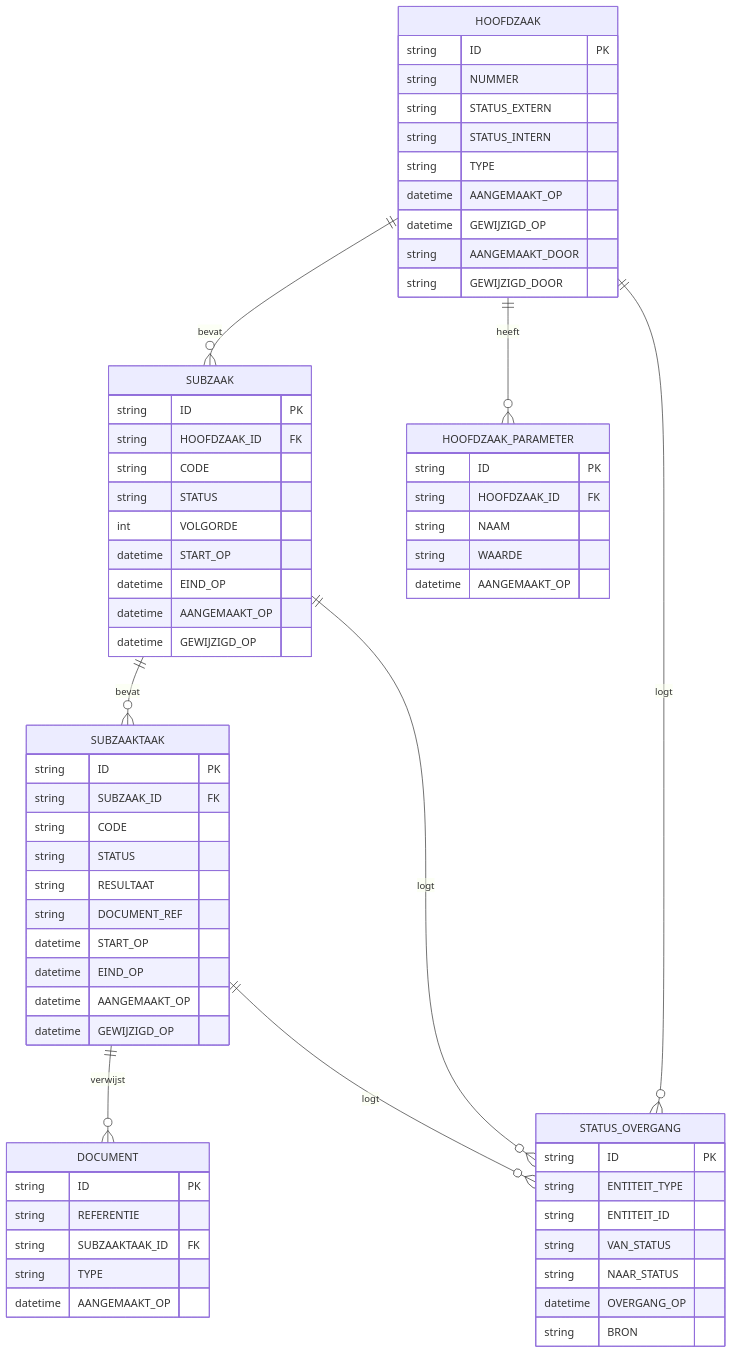
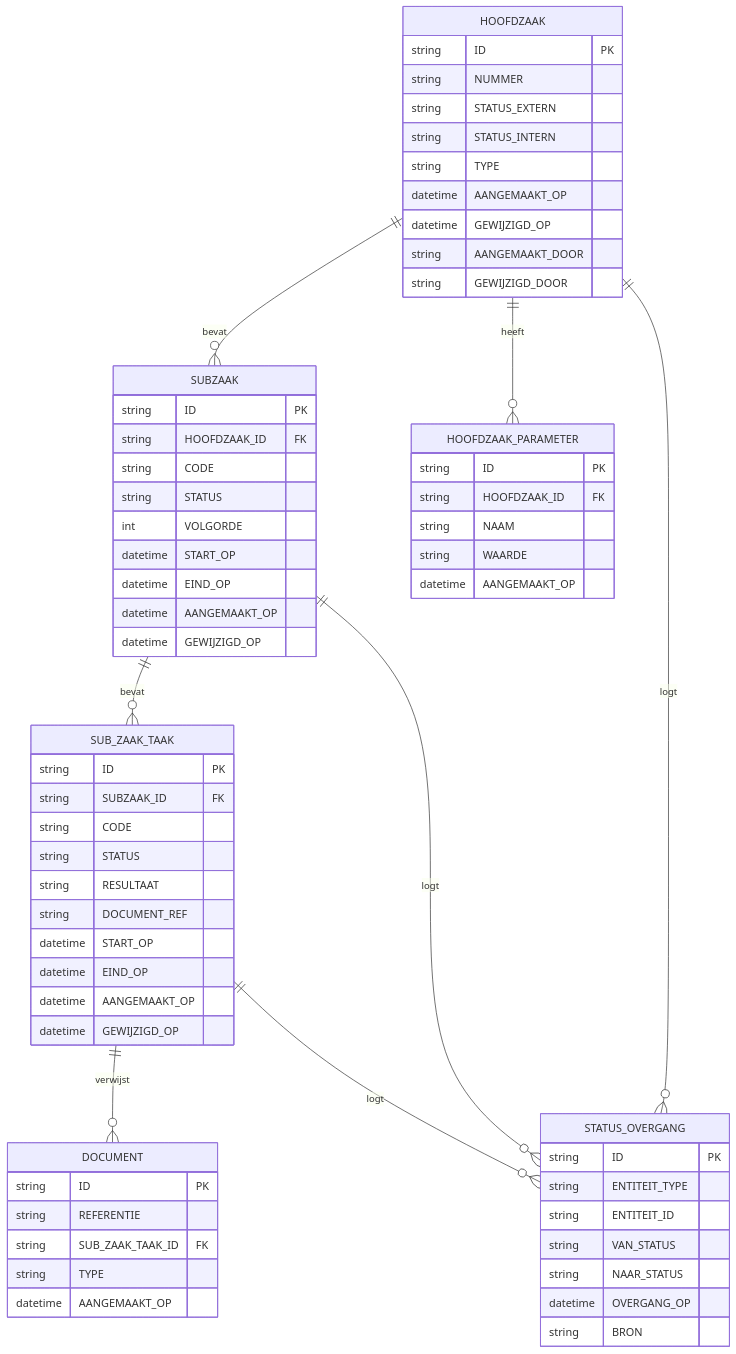
Before and after one commit to its-me-robert/procesmodel: the sixth of 6 diagrams in procesmodel.md, drawn with Mermaid. The commit also changed other lines of this file, not shown here.

Commit message:
Verbeter datamodel-consistentie en polymorfe statusovergang-documentatie
Agent-Logs-Url: https://github.com/its-me-robert/procesmodel/sessions/dff0185c-29a8-4f68-ae3a-8d1e9a4eda48

````diff
--- a/procesmodel.md
+++ b/procesmodel.md
@@ -320,73 +320,73 @@
 ```mermaid
 erDiagram
     HOOFDZAAK {
         string ID PK
         string NUMMER
         string STATUS_EXTERN
         string STATUS_INTERN
         string TYPE
         datetime AANGEMAAKT_OP
         datetime GEWIJZIGD_OP
         string AANGEMAAKT_DOOR
         string GEWIJZIGD_DOOR
     }
 
     HOOFDZAAK_PARAMETER {
         string ID PK
         string HOOFDZAAK_ID FK
         string NAAM
         string WAARDE
         datetime AANGEMAAKT_OP
     }
 
     SUBZAAK {
         string ID PK
         string HOOFDZAAK_ID FK
         string CODE
         string STATUS
         int VOLGORDE
         datetime START_OP
         datetime EIND_OP
         datetime AANGEMAAKT_OP
         datetime GEWIJZIGD_OP
     }
 
-    SUBZAAKTAAK {
+    SUB_ZAAK_TAAK {
         string ID PK
         string SUBZAAK_ID FK
         string CODE
         string STATUS
         string RESULTAAT
         string DOCUMENT_REF
         datetime START_OP
         datetime EIND_OP
         datetime AANGEMAAKT_OP
         datetime GEWIJZIGD_OP
     }
 
     STATUS_OVERGANG {
         string ID PK
         string ENTITEIT_TYPE
         string ENTITEIT_ID
         string VAN_STATUS
         string NAAR_STATUS
         datetime OVERGANG_OP
         string BRON
     }
 
     DOCUMENT {
         string ID PK
         string REFERENTIE
-        string SUBZAAKTAAK_ID FK
+        string SUB_ZAAK_TAAK_ID FK
         string TYPE
         datetime AANGEMAAKT_OP
     }
 
     HOOFDZAAK ||--o{ SUBZAAK : bevat
     HOOFDZAAK ||--o{ HOOFDZAAK_PARAMETER : heeft
-    SUBZAAK ||--o{ SUBZAAKTAAK : bevat
-    SUBZAAKTAAK ||--o{ DOCUMENT : verwijst
+    SUBZAAK ||--o{ SUB_ZAAK_TAAK : bevat
+    SUB_ZAAK_TAAK ||--o{ DOCUMENT : verwijst
     HOOFDZAAK ||--o{ STATUS_OVERGANG : logt
     SUBZAAK ||--o{ STATUS_OVERGANG : logt
-    SUBZAAKTAAK ||--o{ STATUS_OVERGANG : logt
+    SUB_ZAAK_TAAK ||--o{ STATUS_OVERGANG : logt
 ```
````
